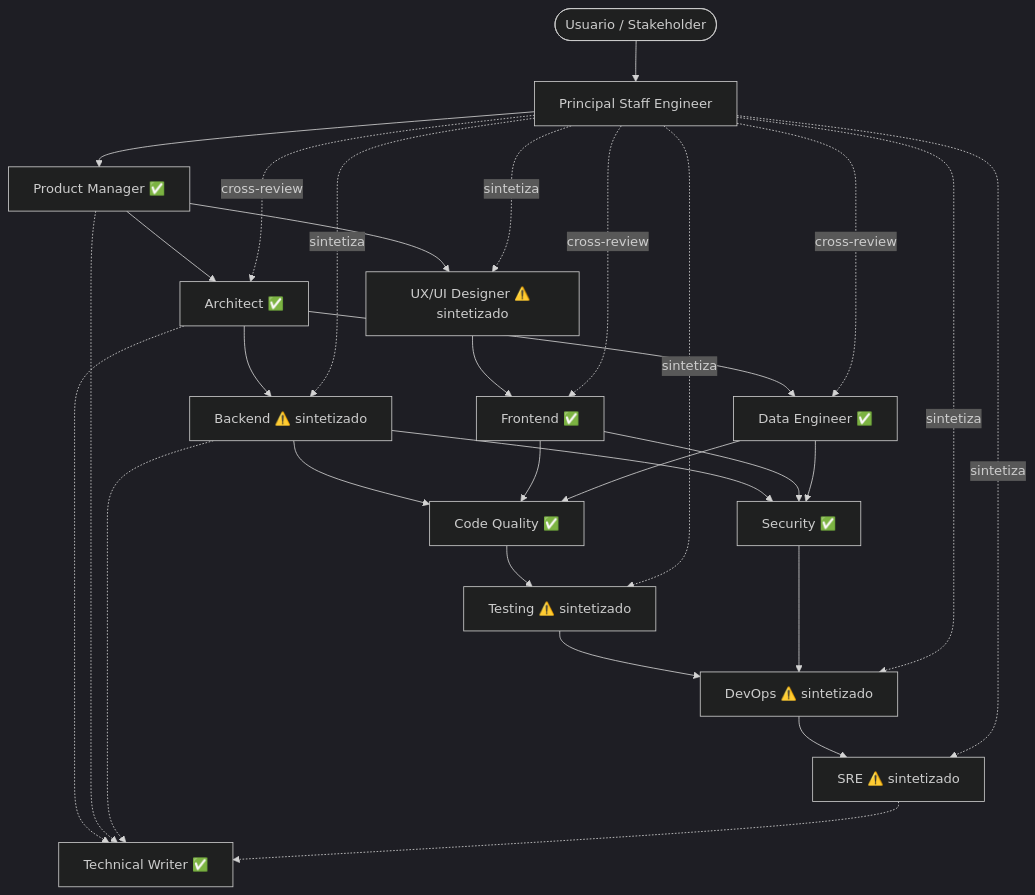
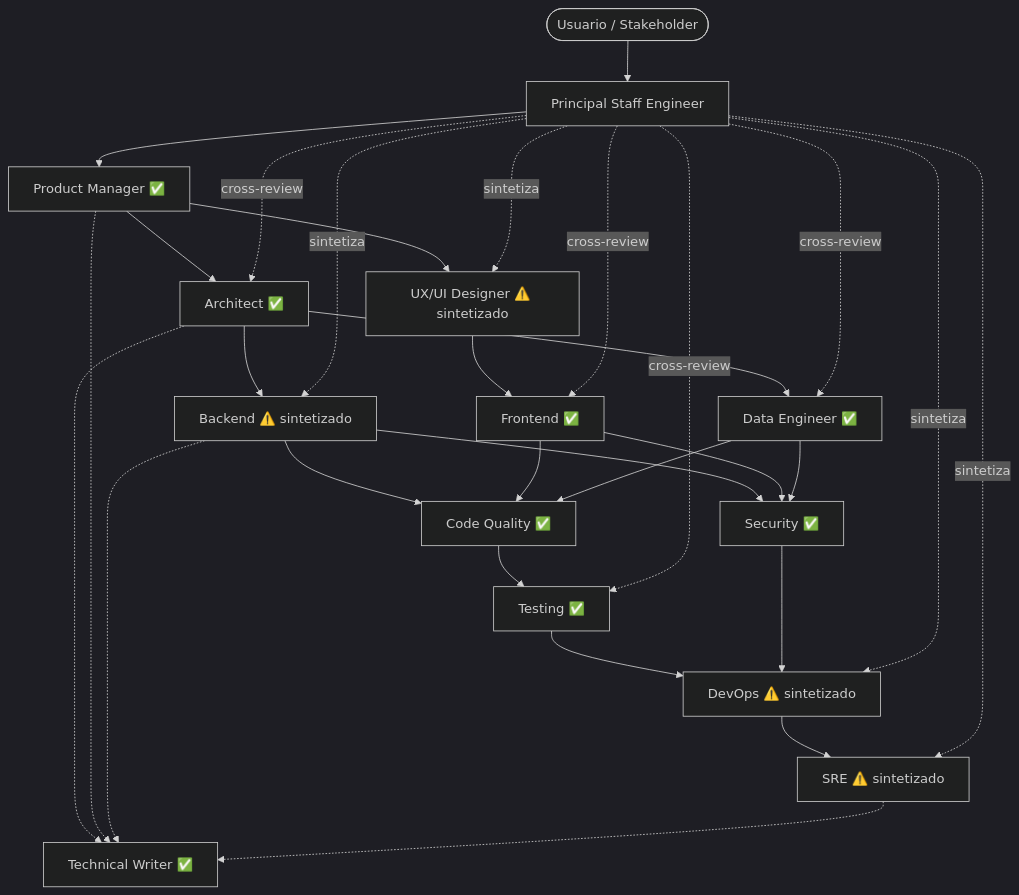
Before and after one commit to JuanSolTorr/events-timer: the diagram in .github/agents/principal-staff-engineer.md, drawn with Mermaid (dark theme). The commit also changed other lines of this file and 1 other file, not shown here.

Commit message:
commit testing agent

````diff
--- a/.github/agents/principal-staff-engineer.md
+++ b/.github/agents/principal-staff-engineer.md
@@ -118,32 +118,32 @@
 ```mermaid
 flowchart TD
     User([Usuario / Stakeholder]) --> SE[Principal Staff Engineer]
     SE --> PM[Product Manager ✅]
     PM --> ARCH[Architect ✅]
     PM --> UX[UX/UI Designer ⚠️ sintetizado]
     ARCH --> BE[Backend ⚠️ sintetizado]
     ARCH --> DE[Data Engineer ✅]
     UX --> FE[Frontend ✅]
     BE --> CQ[Code Quality ✅]
     FE --> CQ
     DE --> CQ
-    CQ --> TEST[Testing ⚠️ sintetizado]
+    CQ --> TEST[Testing ✅]
     BE --> SEC[Security ✅]
     FE --> SEC
     DE --> SEC
     TEST --> DEVOPS[DevOps ⚠️ sintetizado]
     SEC --> DEVOPS
     DEVOPS --> SRE[SRE ⚠️ sintetizado]
     ARCH -.-> TW[Technical Writer ✅]
     PM -.-> TW
     BE -.-> TW
     SRE -.-> TW
     SE -.cross-review.-> ARCH
     SE -.cross-review.-> FE
     SE -.cross-review.-> DE
+    SE -.cross-review.-> TEST
     SE -.sintetiza.-> UX
     SE -.sintetiza.-> BE
-    SE -.sintetiza.-> TEST
     SE -.sintetiza.-> DEVOPS
     SE -.sintetiza.-> SRE
 ```
````
